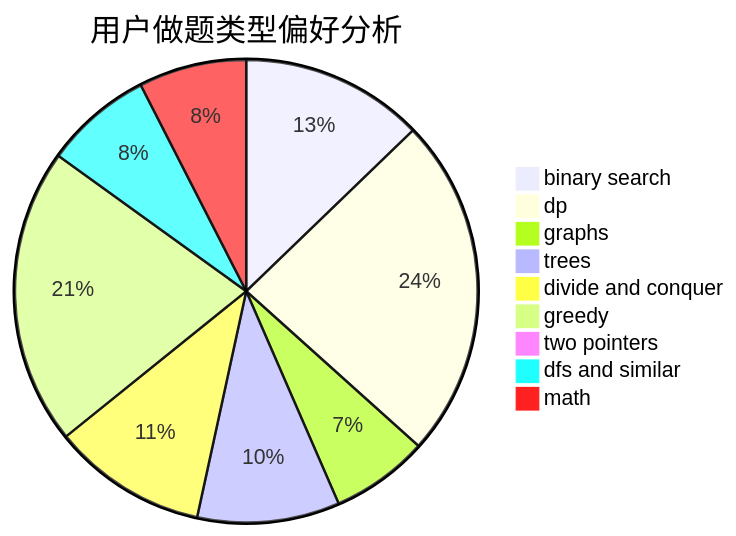
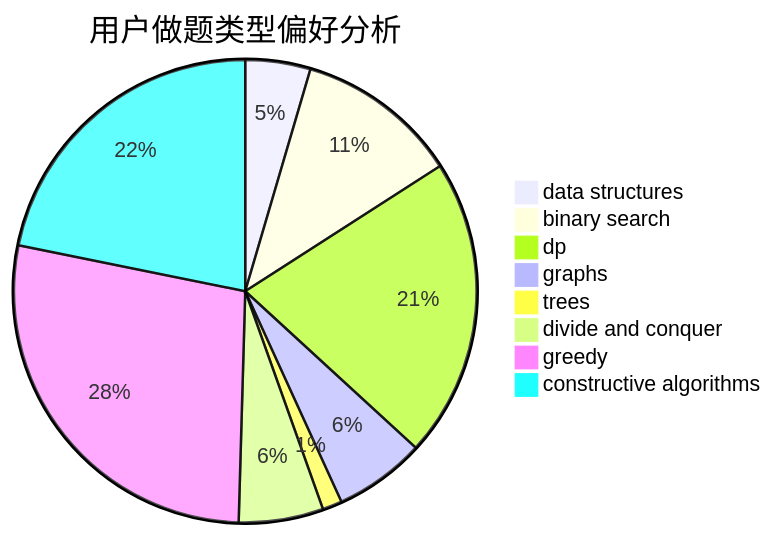
One commit to sherpahu/cfrs.github.io changed the second of 3 diagrams in docs/user/u2318.md. Above: the diagram before and after it, drawn with Mermaid. The commit also changed other lines of this file and 2775 other files, not shown here.

````diff
--- a/docs/user/u2318.md
+++ b/docs/user/u2318.md
@@ -23,12 +23,11 @@
 ```mermaid
 pie title 用户做题类型偏好分析
-    "binary search" :  90
-    "dp" :  168
-    "graphs" :  48
-    "trees" :  70
-    "divide and conquer" :  76
-    "greedy" :  146
-    "two pointers" :  0
-    "dfs and similar" :  53
-    "math" :  53
+    "data structures" :  10
+    "binary search" :  25
+    "dp" :  46
+    "graphs" :  14
+    "trees" :  3
+    "divide and conquer" :  13
+    "greedy" :  61
+    "constructive algorithms" :  48
 ```
````
